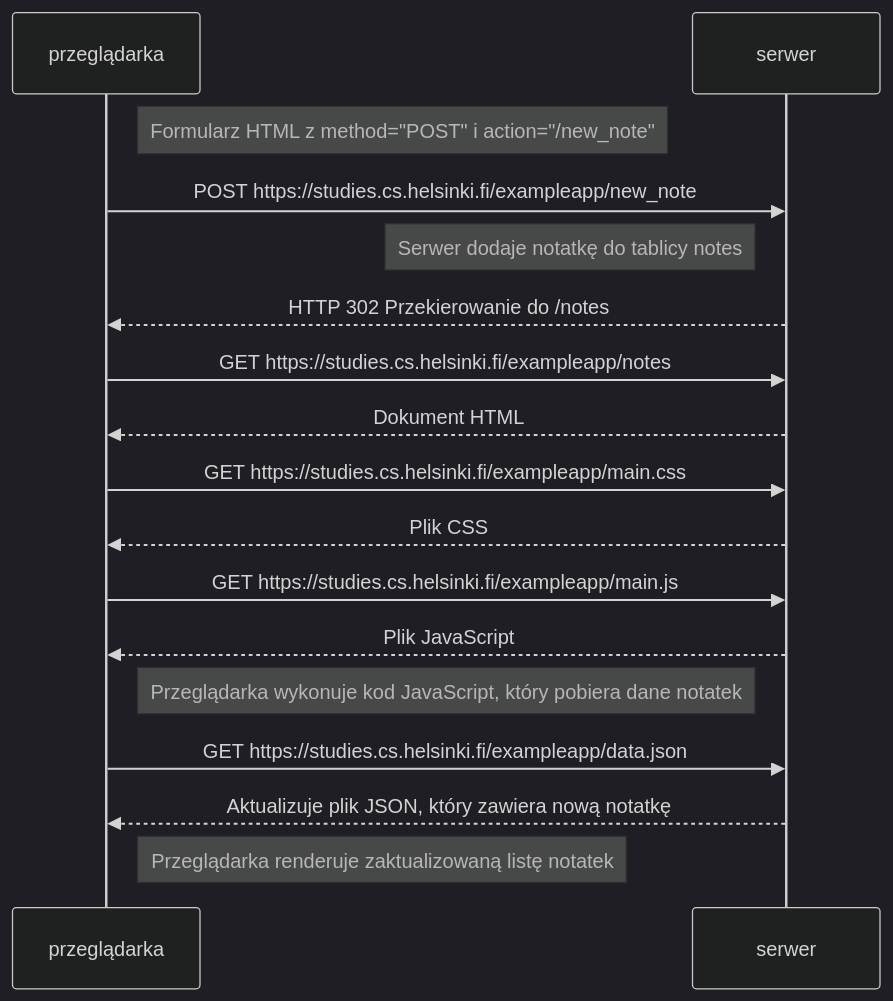
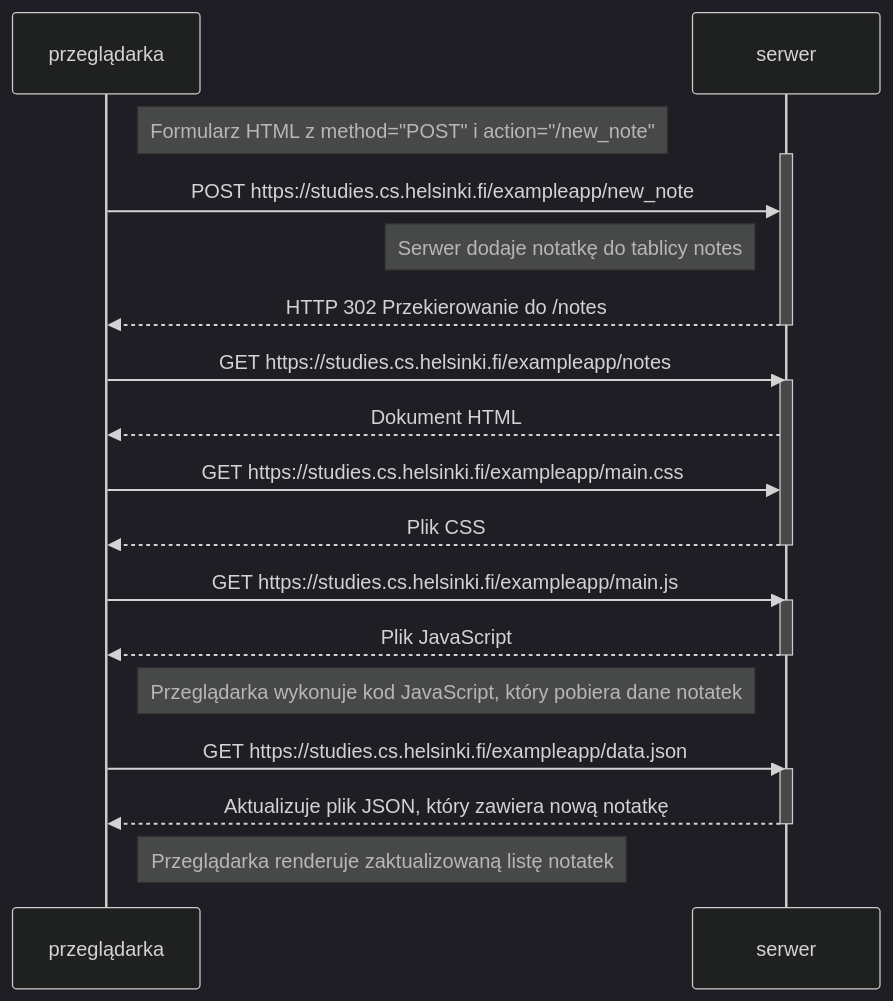
One commit to szczygi123/Fullstack---zadania changed the diagram in part 0/0.4-Fullstack.mmd. Above: the diagram before and after it, drawn with Mermaid (dark theme). The commit also changed 3 other files, not shown here.

```diff
--- a/part 0/0.4-Fullstack.mmd
+++ b/part 0/0.4-Fullstack.mmd
@@ -1,23 +1,33 @@
 sequenceDiagram
     participant przeglądarka
     participant serwer
 
     Note right of przeglądarka: Formularz HTML z method="POST" i action="/new_note"
+    activate serwer
     przeglądarka->>serwer: POST https://studies.cs.helsinki.fi/exampleapp/new_note
     Note left of serwer: Serwer dodaje notatkę do tablicy notes
     serwer-->>przeglądarka: HTTP 302 Przekierowanie do /notes
+    deactivate serwer
 
     przeglądarka->>serwer: GET https://studies.cs.helsinki.fi/exampleapp/notes
+    activate serwer
     serwer-->>przeglądarka: Dokument HTML
     przeglądarka->>serwer: GET  https://studies.cs.helsinki.fi/exampleapp/main.css
     serwer-->>przeglądarka: Plik CSS
+    deactivate serwer
+
 
     przeglądarka->>serwer: GET  https://studies.cs.helsinki.fi/exampleapp/main.js
-    serwer-->>przeglądarka: Plik JavaScript
+    activate serwer
+    serwer-->>przeglądarka: Plik JavaScript    
+    deactivate serwer
+
 
     Note right of przeglądarka: Przeglądarka wykonuje kod JavaScript, który pobiera dane notatek
 
     przeglądarka->>serwer: GET  https://studies.cs.helsinki.fi/exampleapp/data.json
+    activate serwer
     serwer-->>przeglądarka: Aktualizuje plik JSON, który zawiera nową notatkę
+    deactivate serwer
 
     Note right of przeglądarka: Przeglądarka renderuje zaktualizowaną listę notatek
```
